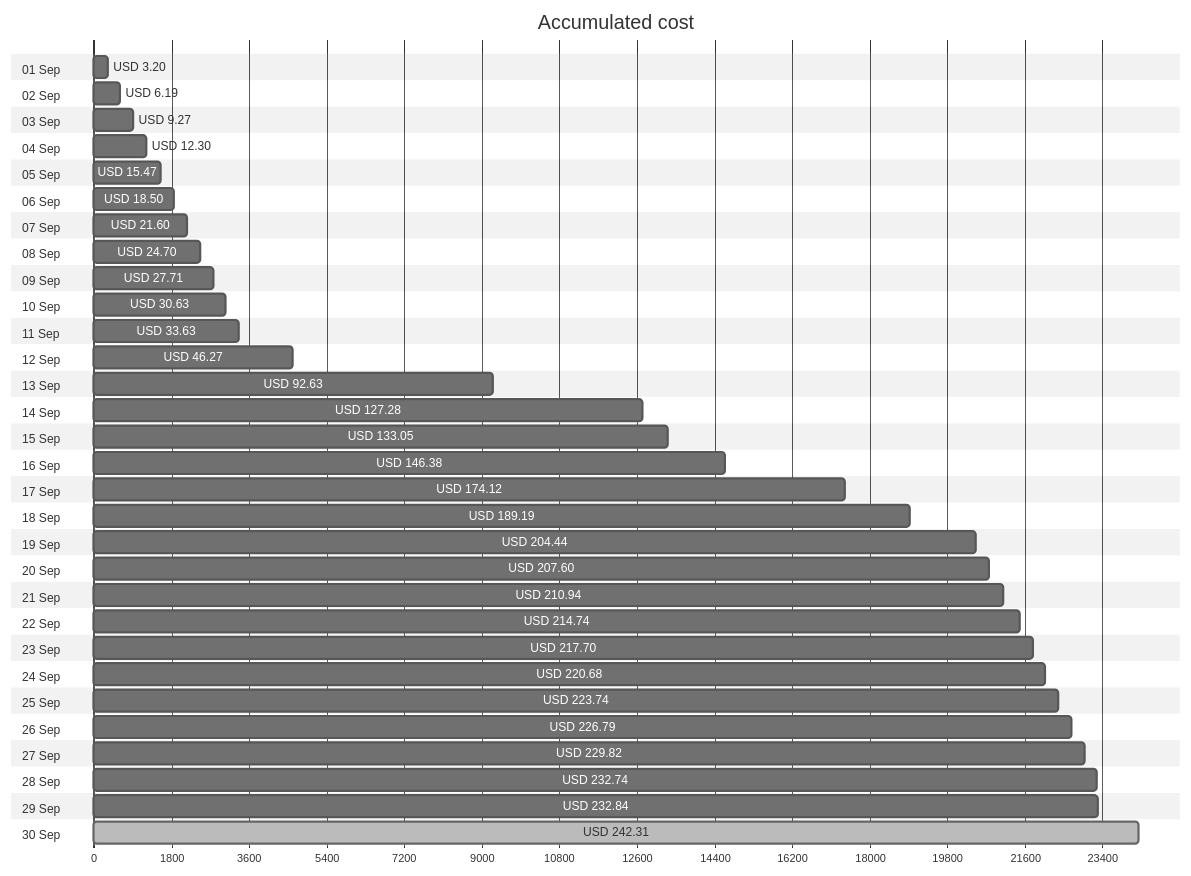
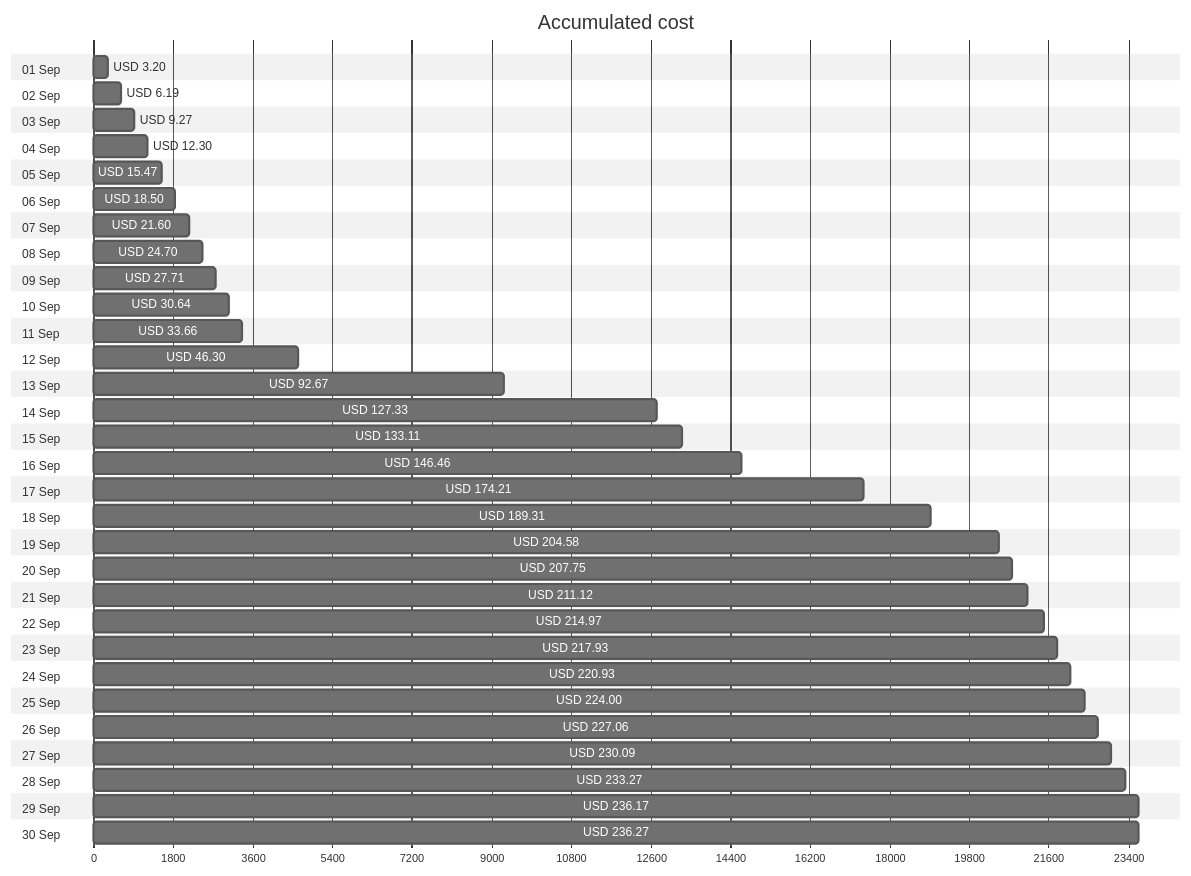
One commit to jpfulton/azure-personal-reports changed the first of 4 diagrams in cost-reports/personal-network/README.md. Above: the diagram before and after it, drawn with Mermaid (neutral theme). The commit also changed other lines of this file and 9 other files, not shown here.

````diff
--- a/cost-reports/personal-network/README.md
+++ b/cost-reports/personal-network/README.md
@@ -20,66 +20,66 @@
 ```mermaid
 gantt
    title Accumulated cost
    dateFormat  X
    axisFormat %s
    section 01 Sep
    USD 3.20 :0, 320
    section 02 Sep
    USD 6.19 :0, 619
    section 03 Sep
    USD 9.27 :0, 927
    section 04 Sep
    USD 12.30 :0, 1230
    section 05 Sep
    USD 15.47 :0, 1547
    section 06 Sep
    USD 18.50 :0, 1850
    section 07 Sep
    USD 21.60 :0, 2160
    section 08 Sep
    USD 24.70 :0, 2470
    section 09 Sep
    USD 27.71 :0, 2771
    section 10 Sep
-   USD 30.63 :0, 3063
+   USD 30.64 :0, 3064
    section 11 Sep
-   USD 33.63 :0, 3363
+   USD 33.66 :0, 3366
    section 12 Sep
-   USD 46.27 :0, 4627
+   USD 46.30 :0, 4630
    section 13 Sep
-   USD 92.63 :0, 9263
+   USD 92.67 :0, 9267
    section 14 Sep
-   USD 127.28 :0, 12728
+   USD 127.33 :0, 12733
    section 15 Sep
-   USD 133.05 :0, 13305
+   USD 133.11 :0, 13311
    section 16 Sep
-   USD 146.38 :0, 14638
+   USD 146.46 :0, 14646
    section 17 Sep
-   USD 174.12 :0, 17412
+   USD 174.21 :0, 17421
    section 18 Sep
-   USD 189.19 :0, 18919
+   USD 189.31 :0, 18931
    section 19 Sep
-   USD 204.44 :0, 20444
+   USD 204.58 :0, 20458
    section 20 Sep
-   USD 207.60 :0, 20760
+   USD 207.75 :0, 20775
    section 21 Sep
-   USD 210.94 :0, 21094
+   USD 211.12 :0, 21112
    section 22 Sep
-   USD 214.74 :0, 21474
+   USD 214.97 :0, 21497
    section 23 Sep
-   USD 217.70 :0, 21770
+   USD 217.93 :0, 21793
    section 24 Sep
-   USD 220.68 :0, 22068
+   USD 220.93 :0, 22093
    section 25 Sep
-   USD 223.74 :0, 22374
+   USD 224.00 :0, 22400
    section 26 Sep
-   USD 226.79 :0, 22679
+   USD 227.06 :0, 22706
    section 27 Sep
-   USD 229.82 :0, 22982
+   USD 230.09 :0, 23009
    section 28 Sep
-   USD 232.74 :0, 23274
+   USD 233.27 :0, 23327
    section 29 Sep
-   USD 232.84 :0, 23284
+   USD 236.17 :0, 23617
    section 30 Sep
-   USD 242.31 : done, 0, 24231
+   USD 236.27 :0, 23627
 ```
````
